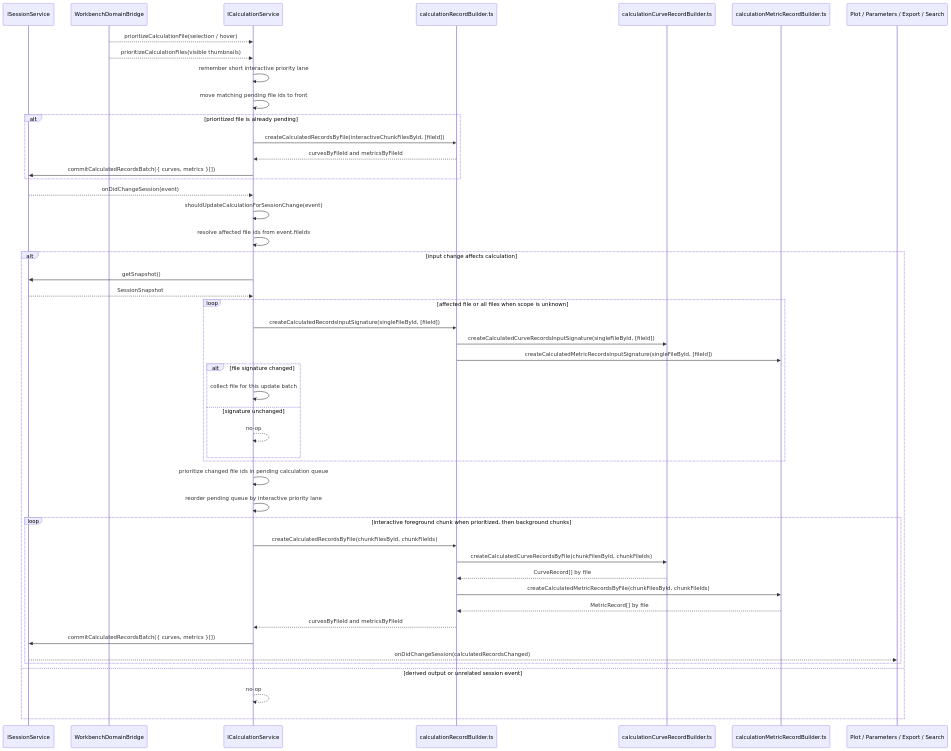
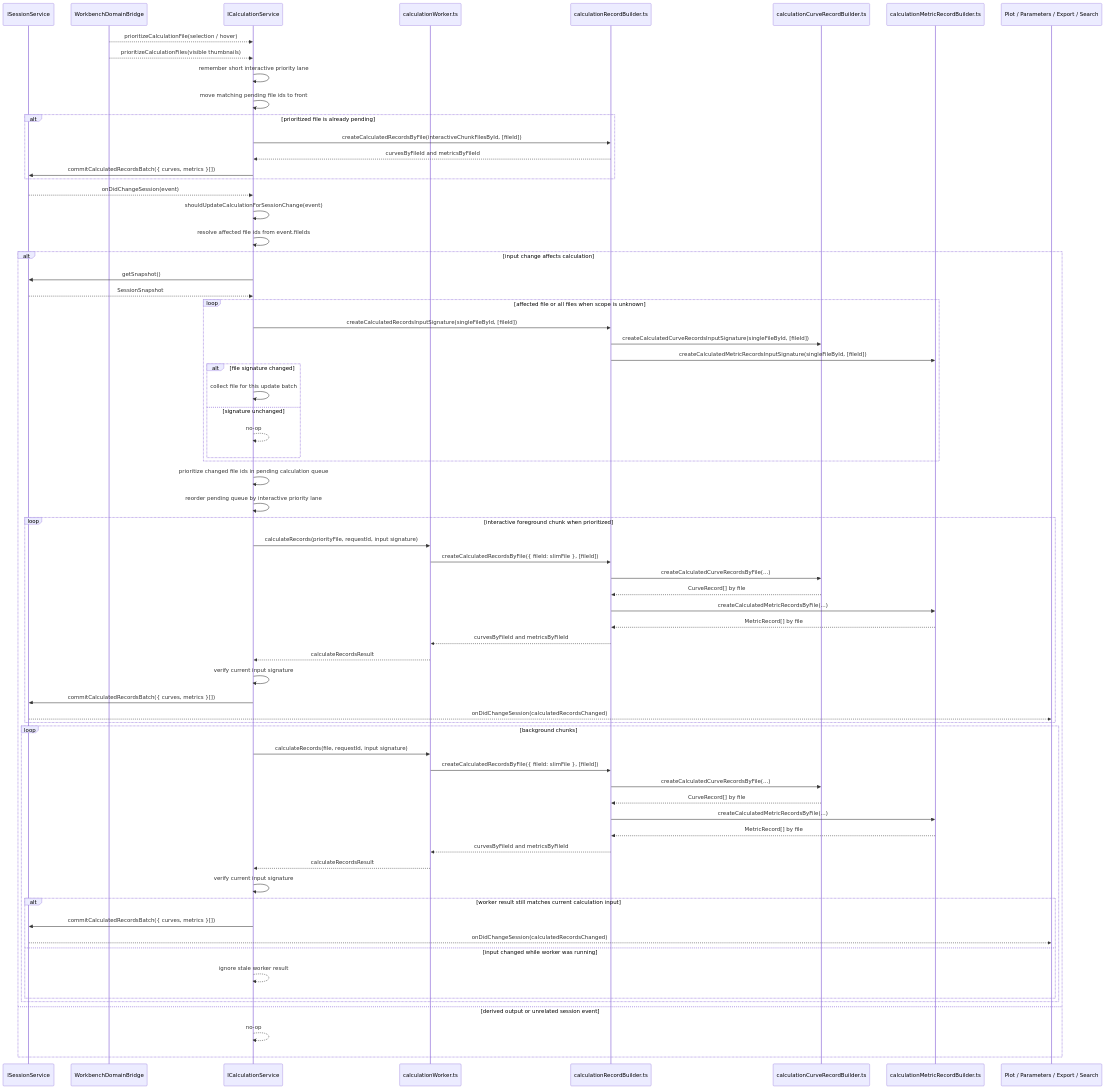
One commit to chogng/conductor changed the second of 2 diagrams in .github/instructions/calculation.instructions.md. Above: the diagram before and after it, drawn with Mermaid. The commit also changed other lines of this file and 4 other files, not shown here.

Commit message:
Add worker-backed calculation processing

````diff
--- a/.github/instructions/calculation.instructions.md
+++ b/.github/instructions/calculation.instructions.md
@@ -81,51 +87,72 @@
 ```mermaid
 sequenceDiagram
     participant Session as ISessionService
     participant DomainBridge as WorkbenchDomainBridge
     participant Calculation as ICalculationService
+    participant Worker as calculationWorker.ts
     participant Records as calculationRecordBuilder.ts
     participant Curves as calculationCurveRecordBuilder.ts
     participant Metrics as calculationMetricRecordBuilder.ts
     participant Consumers as Plot / Parameters / Export / Search
 
     DomainBridge-->>Calculation: prioritizeCalculationFile(selection / hover)
     DomainBridge-->>Calculation: prioritizeCalculationFiles(visible thumbnails)
     Calculation->>Calculation: remember short interactive priority lane
     Calculation->>Calculation: move matching pending file ids to front
     alt prioritized file is already pending
         Calculation->>Records: createCalculatedRecordsByFile(interactiveChunkFilesById, [fileId])
         Records-->>Calculation: curvesByFileId and metricsByFileId
         Calculation->>Session: commitCalculatedRecordsBatch({ curves, metrics }[])
     end
     Session-->>Calculation: onDidChangeSession(event)
     Calculation->>Calculation: shouldUpdateCalculationForSessionChange(event)
     Calculation->>Calculation: resolve affected file ids from event.fileIds
     alt input change affects calculation
         Calculation->>Session: getSnapshot()
         Session-->>Calculation: SessionSnapshot
         loop affected file or all files when scope is unknown
             Calculation->>Records: createCalculatedRecordsInputSignature(singleFileById, [fileId])
             Records->>Curves: createCalculatedCurveRecordsInputSignature(singleFileById, [fileId])
             Records->>Metrics: createCalculatedMetricRecordsInputSignature(singleFileById, [fileId])
             alt file signature changed
             Calculation->>Calculation: collect file for this update batch
         else signature unchanged
             Calculation-->>Calculation: no-op
         end
         end
         Calculation->>Calculation: prioritize changed file ids in pending calculation queue
         Calculation->>Calculation: reorder pending queue by interactive priority lane
-        loop interactive foreground chunk when prioritized, then background chunks
-            Calculation->>Records: createCalculatedRecordsByFile(chunkFilesById, chunkFileIds)
-            Records->>Curves: createCalculatedCurveRecordsByFile(chunkFilesById, chunkFileIds)
+        loop interactive foreground chunk when prioritized
+            Calculation->>Worker: calculateRecords(priorityFile, requestId, input signature)
+            Worker->>Records: createCalculatedRecordsByFile({ fileId: slimFile }, [fileId])
+            Records->>Curves: createCalculatedCurveRecordsByFile(...)
             Curves-->>Records: CurveRecord[] by file
-            Records->>Metrics: createCalculatedMetricRecordsByFile(chunkFilesById, chunkFileIds)
+            Records->>Metrics: createCalculatedMetricRecordsByFile(...)
             Metrics-->>Records: MetricRecord[] by file
-            Records-->>Calculation: curvesByFileId and metricsByFileId
+            Records-->>Worker: curvesByFileId and metricsByFileId
+            Worker-->>Calculation: calculateRecordsResult
+            Calculation->>Calculation: verify current input signature
             Calculation->>Session: commitCalculatedRecordsBatch({ curves, metrics }[])
             Session-->>Consumers: onDidChangeSession(calculatedRecordsChanged)
+        end
+        loop background chunks
+            Calculation->>Worker: calculateRecords(file, requestId, input signature)
+            Worker->>Records: createCalculatedRecordsByFile({ fileId: slimFile }, [fileId])
+            Records->>Curves: createCalculatedCurveRecordsByFile(...)
+            Curves-->>Records: CurveRecord[] by file
+            Records->>Metrics: createCalculatedMetricRecordsByFile(...)
+            Metrics-->>Records: MetricRecord[] by file
+            Records-->>Worker: curvesByFileId and metricsByFileId
+            Worker-->>Calculation: calculateRecordsResult
+            Calculation->>Calculation: verify current input signature
+            alt worker result still matches current calculation input
+                Calculation->>Session: commitCalculatedRecordsBatch({ curves, metrics }[])
+                Session-->>Consumers: onDidChangeSession(calculatedRecordsChanged)
+            else input changed while worker was running
+                Calculation-->>Calculation: ignore stale worker result
+            end
         end
     else derived output or unrelated session event
         Calculation-->>Calculation: no-op
     end
 ```
````
